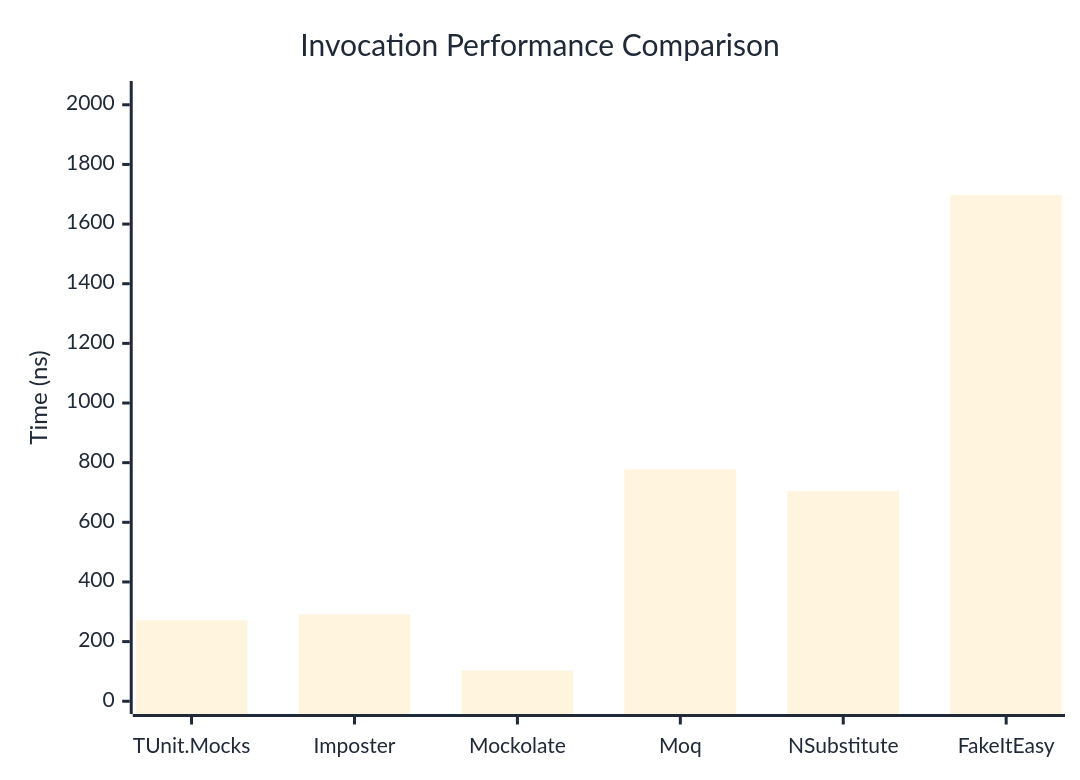
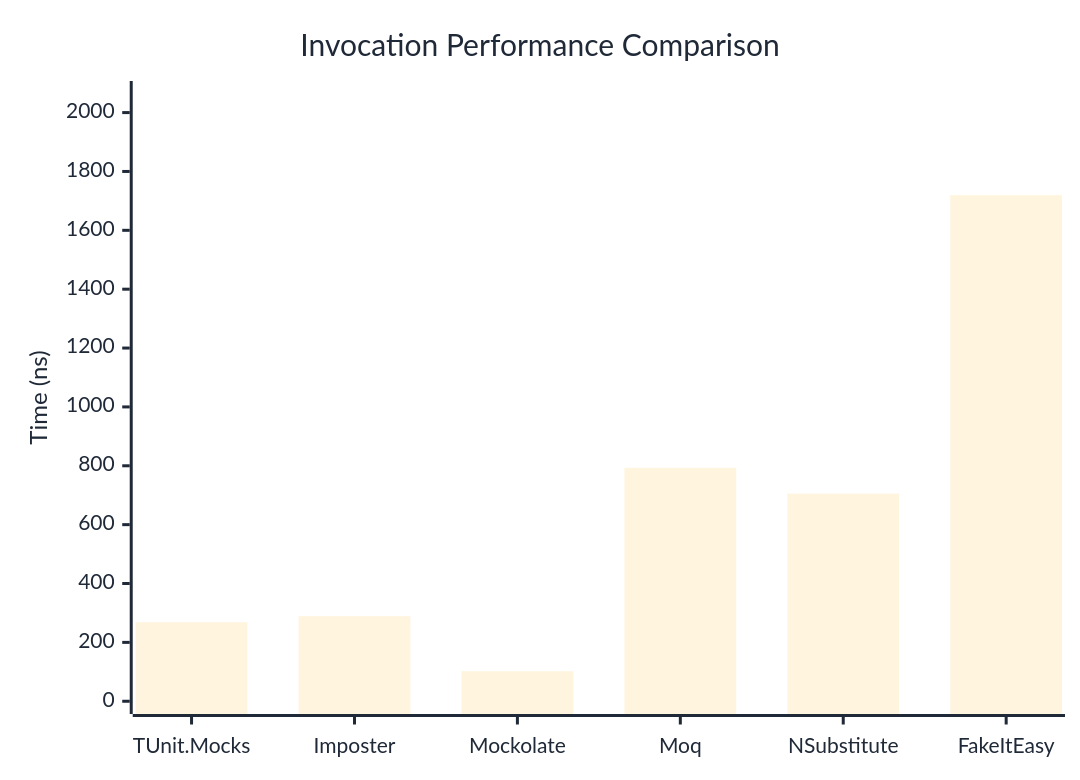
The first of 3 diagrams in docs/docs/benchmarks/mocks/Invocation.md (thomhurst/TUnit), drawn with Mermaid before and after one commit. The commit also changed other lines of this file and 14 other files, not shown here.

````diff
--- a/docs/docs/benchmarks/mocks/Invocation.md
+++ b/docs/docs/benchmarks/mocks/Invocation.md
@@ -30,27 +30,27 @@
 ```mermaid
 %%{init: {
   'theme':'base',
   'themeVariables': {
     'primaryColor': '#2563eb',
     'primaryTextColor': '#1f2937',
     'primaryBorderColor': '#1e40af',
     'lineColor': '#6b7280',
     'secondaryColor': '#7c3aed',
     'tertiaryColor': '#dc2626',
     'background': '#ffffff',
     'pie1': '#2563eb',
     'pie2': '#7c3aed',
     'pie3': '#dc2626',
     'pie4': '#f59e0b',
     'pie5': '#10b981',
     'pie6': '#06b6d4',
     'pie7': '#ec4899',
     'pie8': '#6366f1'
   }
 }}%%
 xychart-beta
   title "Invocation Performance Comparison"
   x-axis ["TUnit.Mocks", "Imposter", "Mockolate", "Moq", "NSubstitute", "FakeItEasy"]
-  y-axis "Time (ns)" 0 --> 2037
-  bar [271.27, 291.24, 103.21, 777.36, 704.88, 1697.43]
+  y-axis "Time (ns)" 0 --> 2064
+  bar [268.45, 289, 101.83, 793.18, 705.4, 1719.24]
 ```
````
